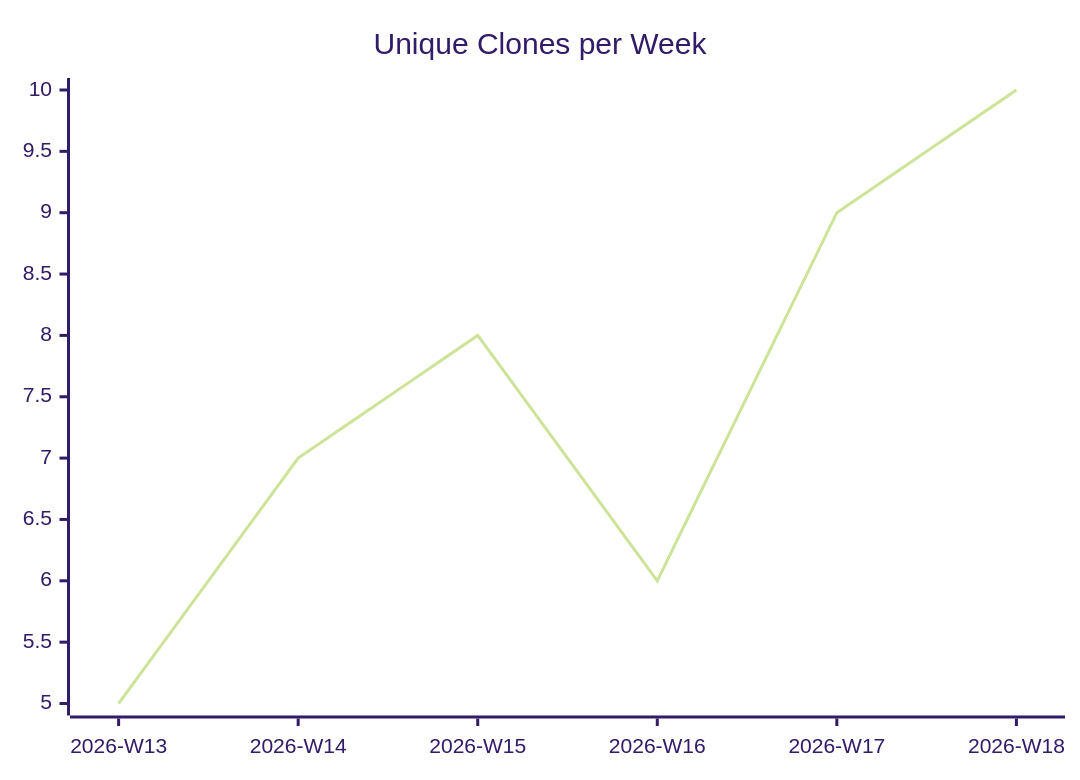
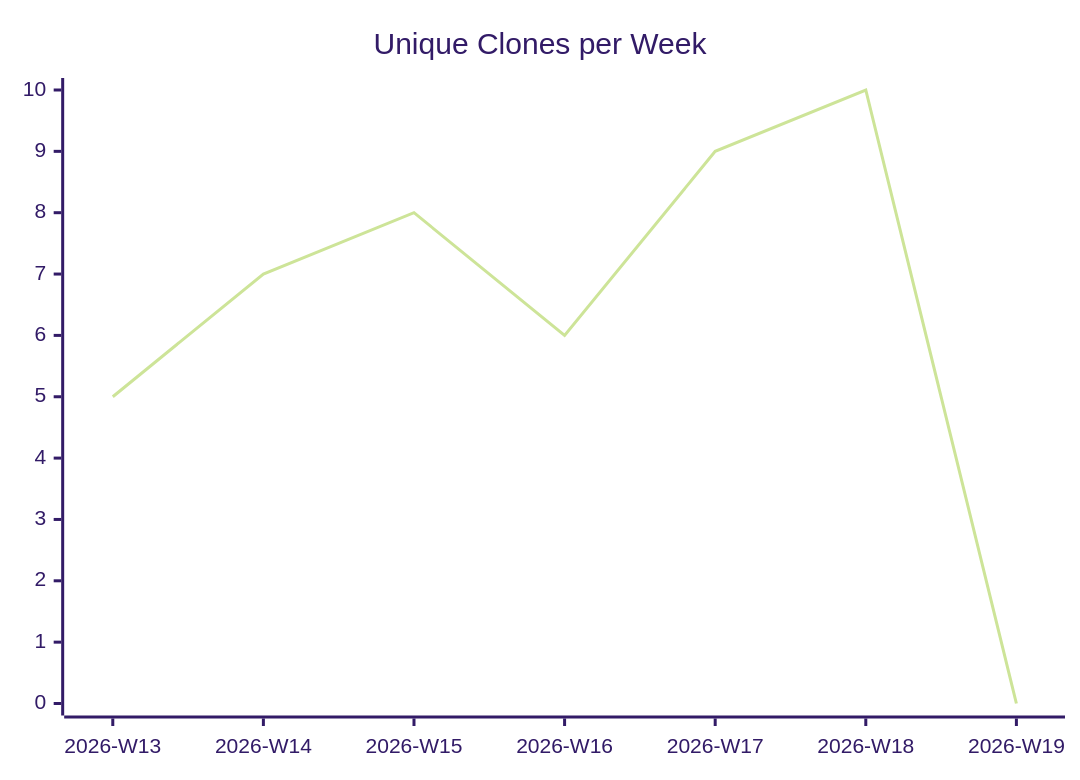
The third of 3 diagrams in karlmdavis/ansible-role-jenkins2/README.md (justdavis-family/github-analytics-data), drawn with Mermaid (forest theme) before and after one commit. The commit also changed other lines of this file and 187 other files, not shown here.

````diff
--- a/karlmdavis/ansible-role-jenkins2/README.md
+++ b/karlmdavis/ansible-role-jenkins2/README.md
@@ -19,6 +19,6 @@
 ```mermaid
 xychart-beta
   title "Unique Clones per Week"
-  x-axis ["2026-W13", "2026-W14", "2026-W15", "2026-W16", "2026-W17", "2026-W18"]
-  line [5, 7, 8, 6, 9, 10]
+  x-axis ["2026-W13", "2026-W14", "2026-W15", "2026-W16", "2026-W17", "2026-W18", "2026-W19"]
+  line [5, 7, 8, 6, 9, 10, 0]
 ```
````
